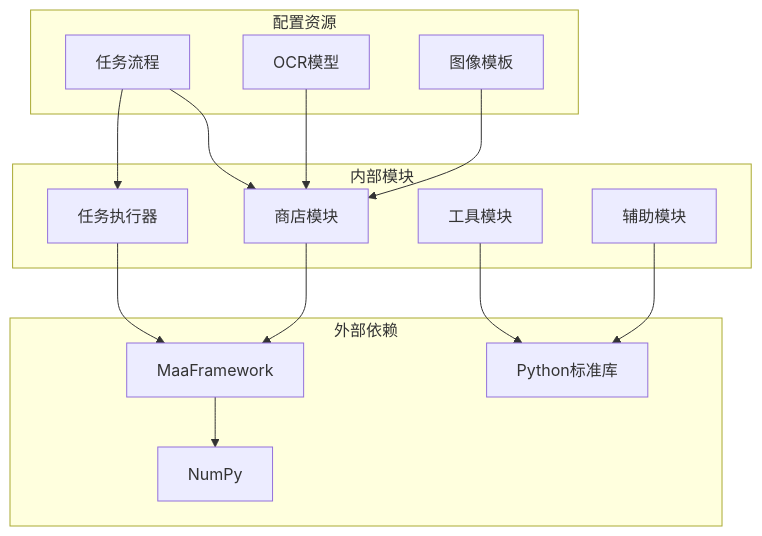
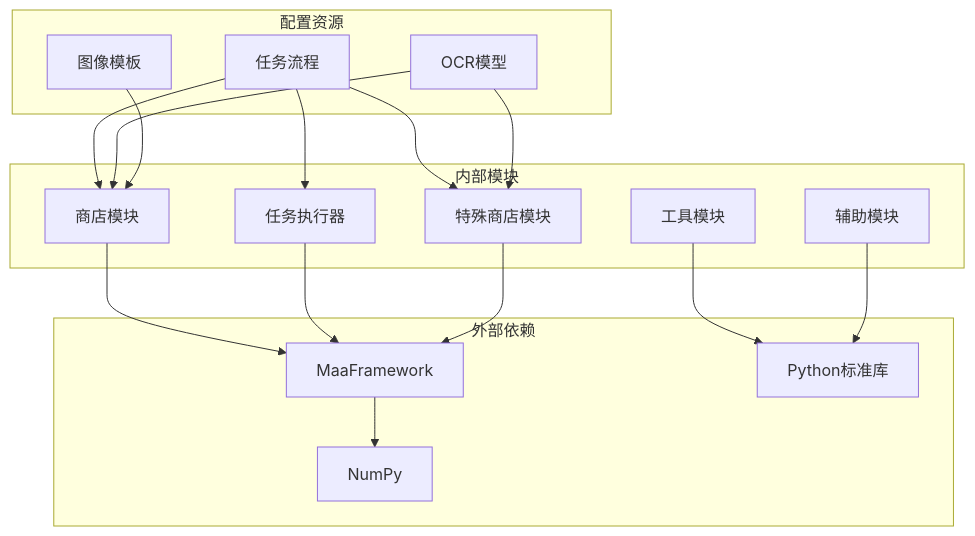
One commit to kqcoxn/MaaDuDuL changed diagram 11 of 12 in .qoder/repowiki/zh/content/核心功能详解/日常任务功能/每日采购功能.md. Above: the diagram before and after it, drawn with Mermaid. The commit also changed other lines of this file and 12 other files, not shown here.

````diff
--- a/.qoder/repowiki/zh/content/核心功能详解/日常任务功能/每日采购功能.md
+++ b/.qoder/repowiki/zh/content/核心功能详解/日常任务功能/每日采购功能.md
@@ -358,28 +458,32 @@
 ```mermaid
 graph TD
 subgraph "外部依赖"
 MaaFramework[MaaFramework]
 NumPy[NumPy]
 Python[Python标准库]
 end
 subgraph "内部模块"
 Store[商店模块]
 Tasker[任务执行器]
 Utils[工具模块]
 Helper[辅助模块]
+SpecialStore[特殊商店模块]
 end
 subgraph "配置资源"
 Pipeline[任务流程]
 OCR[OCR模型]
 Templates[图像模板]
 end
 Store --> MaaFramework
 Tasker --> MaaFramework
+SpecialStore --> MaaFramework
 Utils --> Python
 Helper --> Python
 Pipeline --> Store
 Pipeline --> Tasker
+Pipeline --> SpecialStore
 OCR --> Store
+OCR --> SpecialStore
 Templates --> Store
 MaaFramework --> NumPy
 ```
````
